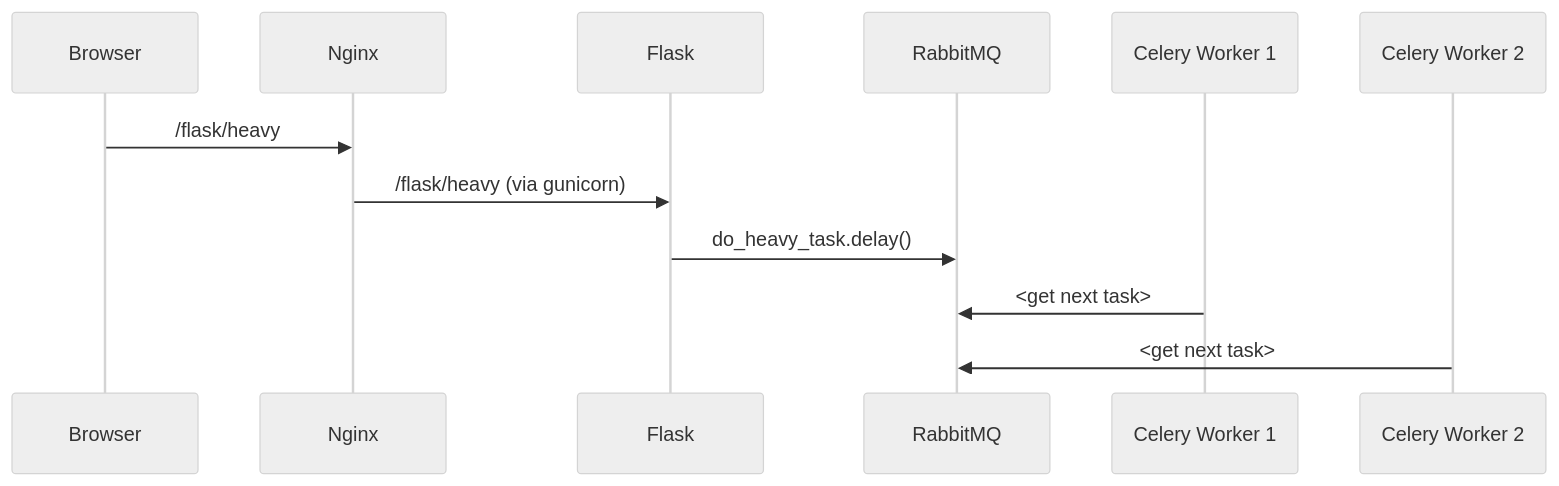
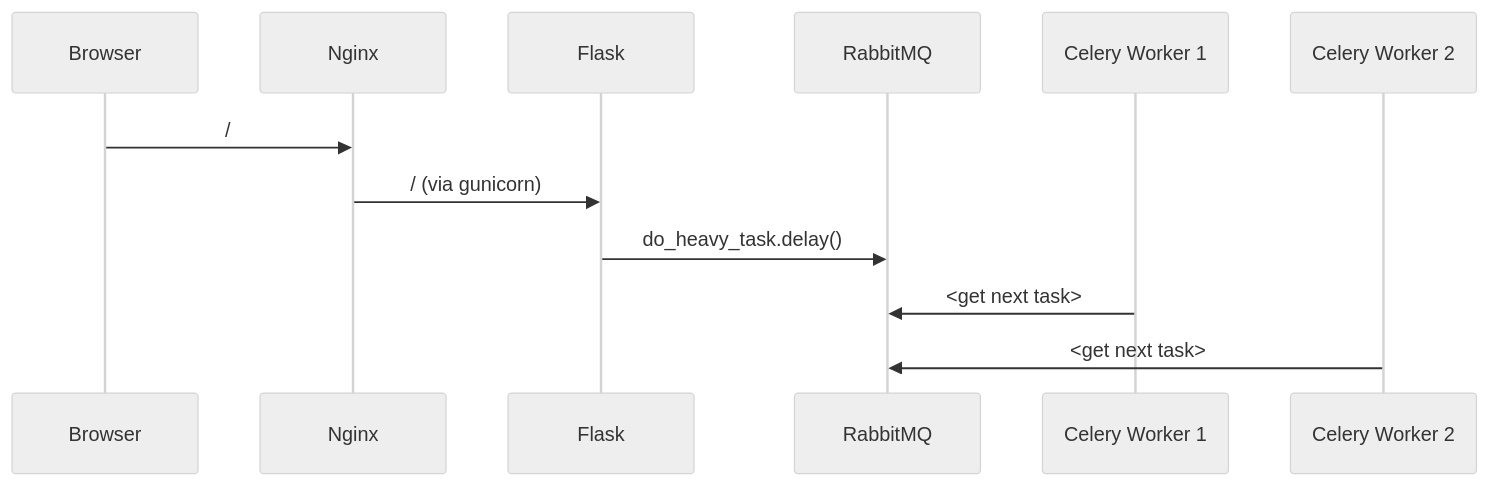
One commit to aijaz/FlaskCeleryDocker changed the diagram in README.md. Above: the diagram before and after it, drawn with Mermaid (neutral theme).

````diff
--- a/README.md
+++ b/README.md
@@ -83,17 +83,17 @@
 ```mermaid
 
 sequenceDiagram
     participant B as Browser
     participant N as Nginx
     participant F as Flask
     participant R as RabbitMQ
     participant C1 as Celery Worker 1
     participant C2 as Celery Worker 2
     
-    B->>N: /flask/heavy
-    N->>F: /flask/heavy (via gunicorn)
+    B->>N: /
+    N->>F: / (via gunicorn)
     F->>R: do_heavy_task.delay()
     C1->>R: <get next task>
     C2->>R: <get next task>
 
 ```
````
